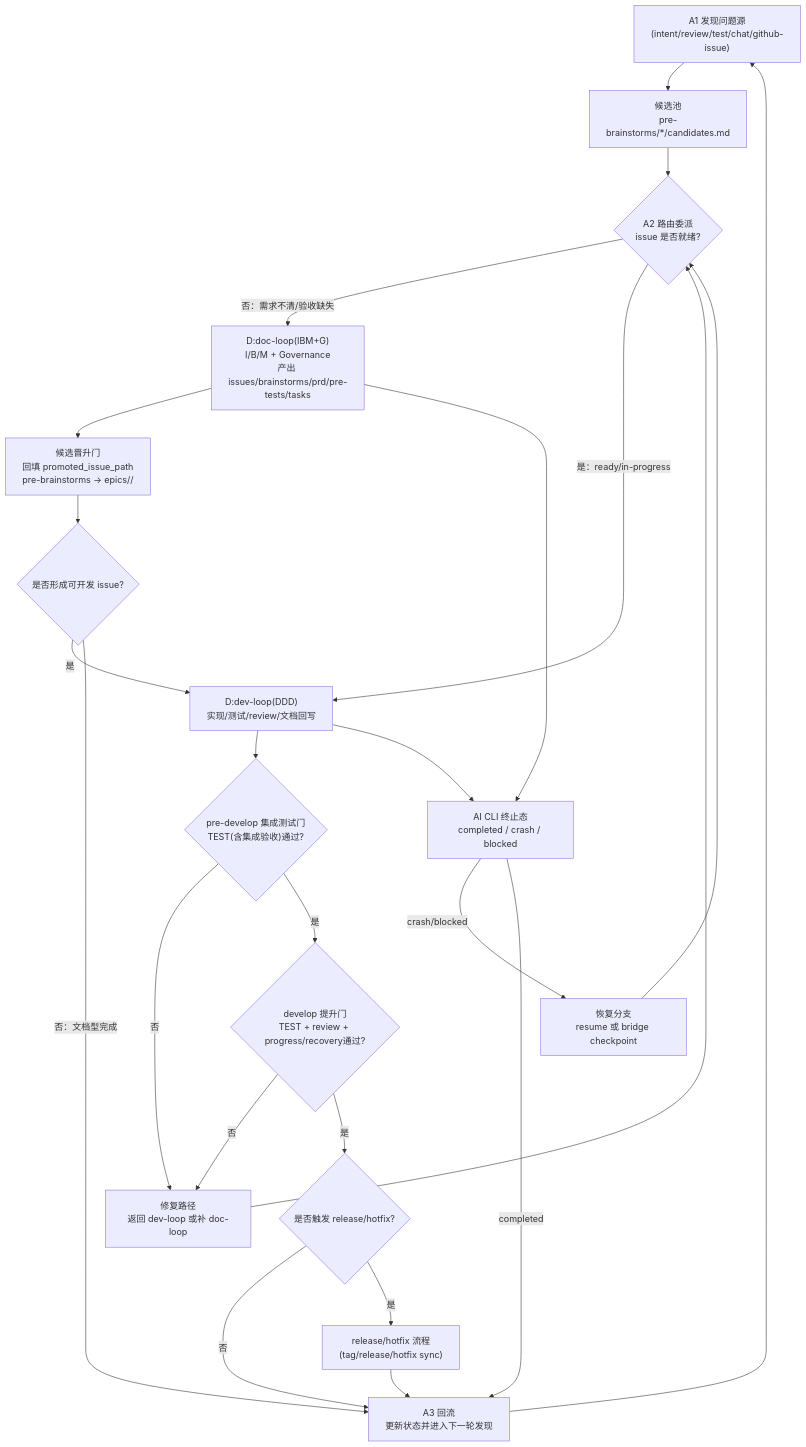
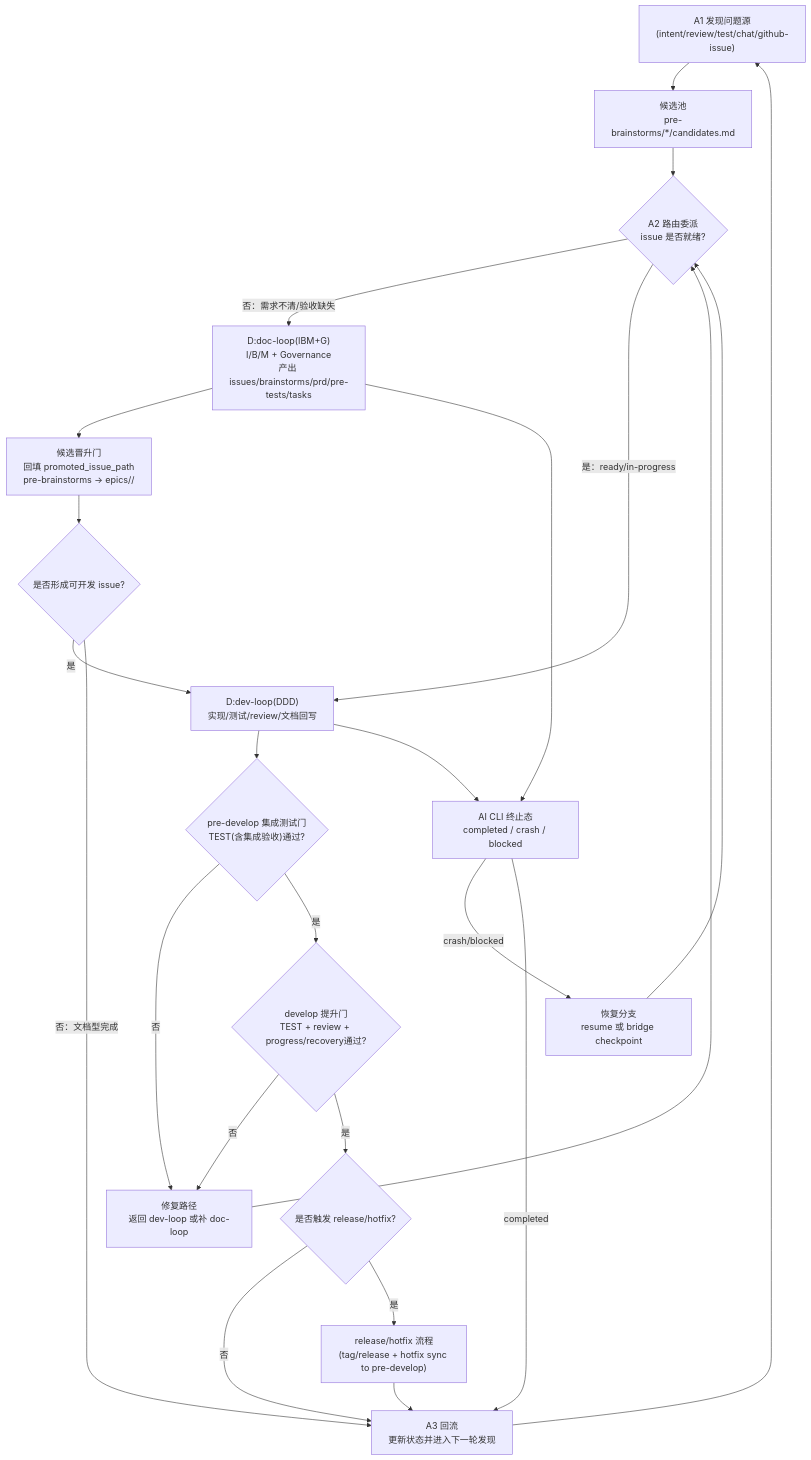
The diagram in docs/PROJECT_INTENT.md (chatterzhao/freely), drawn with Mermaid before and after one commit.

Commit message:
docs(intent): clarify hotfix sync to pre-develop in flowchart

````diff
--- a/docs/PROJECT_INTENT.md
+++ b/docs/PROJECT_INTENT.md
@@ -60,43 +60,43 @@
 ```mermaid
 flowchart TD
     S1["A1 发现问题源\n(intent/review/test/chat/github-issue)"]
     S2["候选池\npre-brainstorms/*/candidates.md"]
     S3{"A2 路由委派\nissue 是否就绪?"}
 
     D1["D:doc-loop(IBM+G)\nI/B/M + Governance\n产出 issues/brainstorms/prd/pre-tests/tasks"]
     V1["候选晋升门\n回填 promoted_issue_path\npre-brainstorms -> epics/<epic>/<story>"]
     J1{"是否形成可开发 issue?"}
 
     D2["D:dev-loop(DDD)\n实现/测试/review/文档回写"]
     G1{"pre-develop 集成测试门\nTEST(含集成验收)通过?"}
     G2{"develop 提升门\nTEST + review + progress/recovery通过?"}
     F1["修复路径\n返回 dev-loop 或补 doc-loop"]
     R0{"是否触发 release/hotfix?"}
-    R1["release/hotfix 流程\n(tag/release/hotfix sync)"]
+    R1["release/hotfix 流程\n(tag/release + hotfix sync to pre-develop)"]
 
     A3["A3 回流\n更新状态并进入下一轮发现"]
     X1["AI CLI 终止态\ncompleted / crash / blocked"]
     RC["恢复分支\nresume 或 bridge checkpoint"]
 
     S1 --> S2 --> S3
     S3 -->|"否：需求不清/验收缺失"| D1
     S3 -->|"是：ready/in-progress"| D2
     D1 --> V1 --> J1
     J1 -->|"是"| D2
     J1 -->|"否：文档型完成"| A3
 
     D2 --> G1
     G1 -->|"否"| F1
     G1 -->|"是"| G2
     G2 -->|"否"| F1
     G2 -->|"是"| R0
     F1 --> S3
     R0 -->|"否"| A3
     R0 -->|"是"| R1 --> A3
     A3 --> S1
 
     D1 --> X1
     D2 --> X1
     X1 -->|"crash/blocked"| RC --> S3
     X1 -->|"completed"| A3
 ```
````
